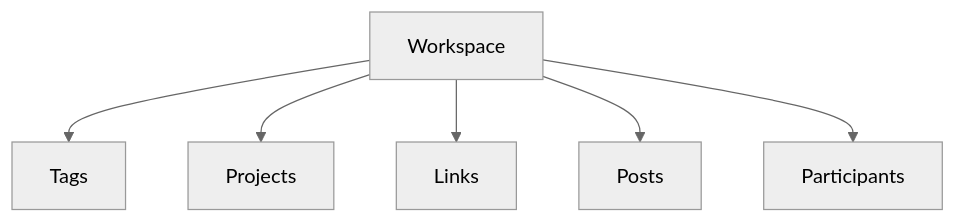
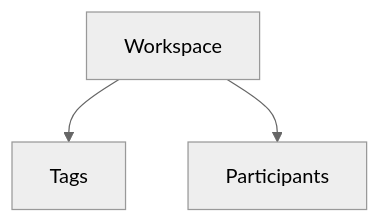
The first of 2 diagrams in README.md (DviDev/workspace-module), drawn with Mermaid (neutral theme) before and after one commit. The commit also changed other lines of this file, not shown here.

````diff
--- a/README.md
+++ b/README.md
@@ -3,8 +3,5 @@
 ```mermaid
 graph TD;
     Workspace-->Tags;
-    Workspace-->Projects;
-    Workspace-->Links;
-    Workspace-->Posts;
     Workspace-->Participants;
 ```
````
